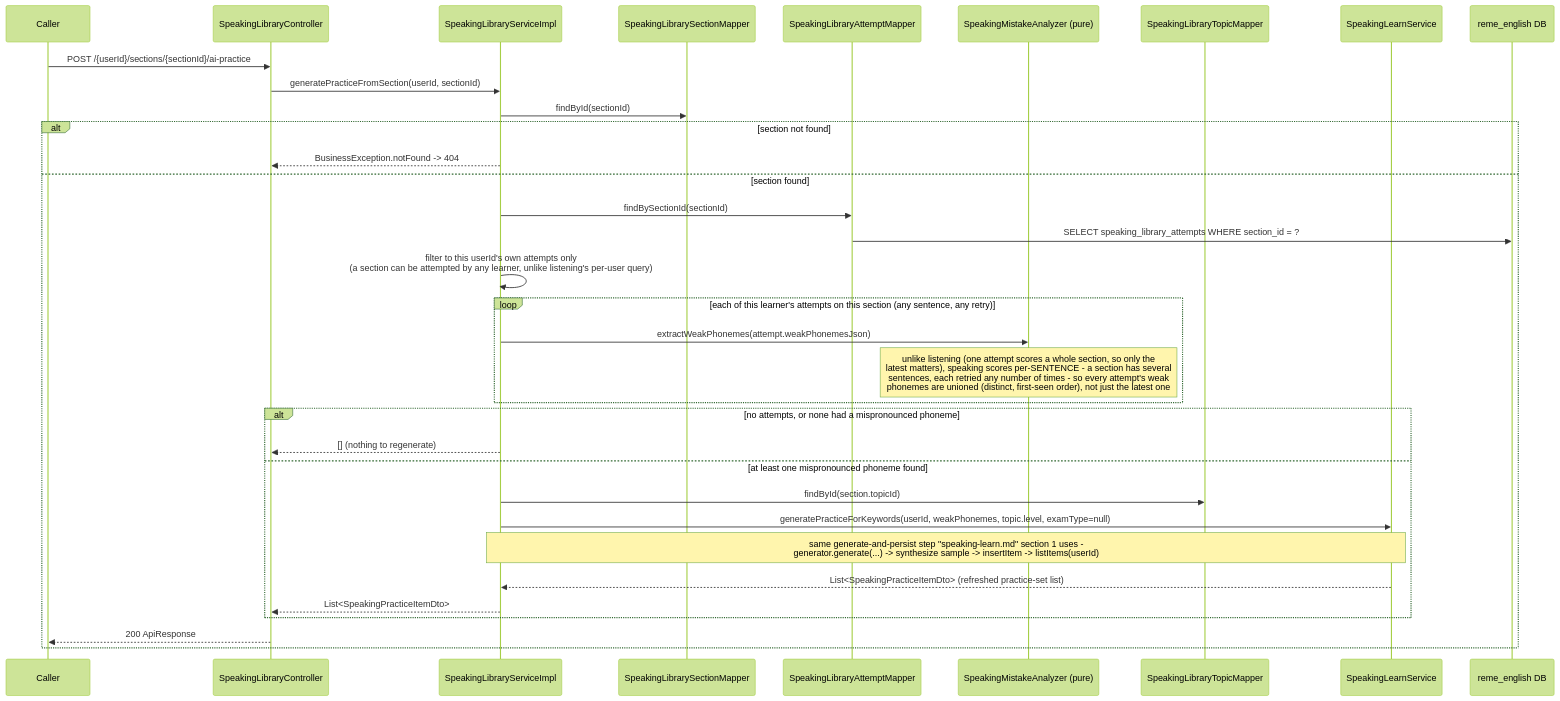
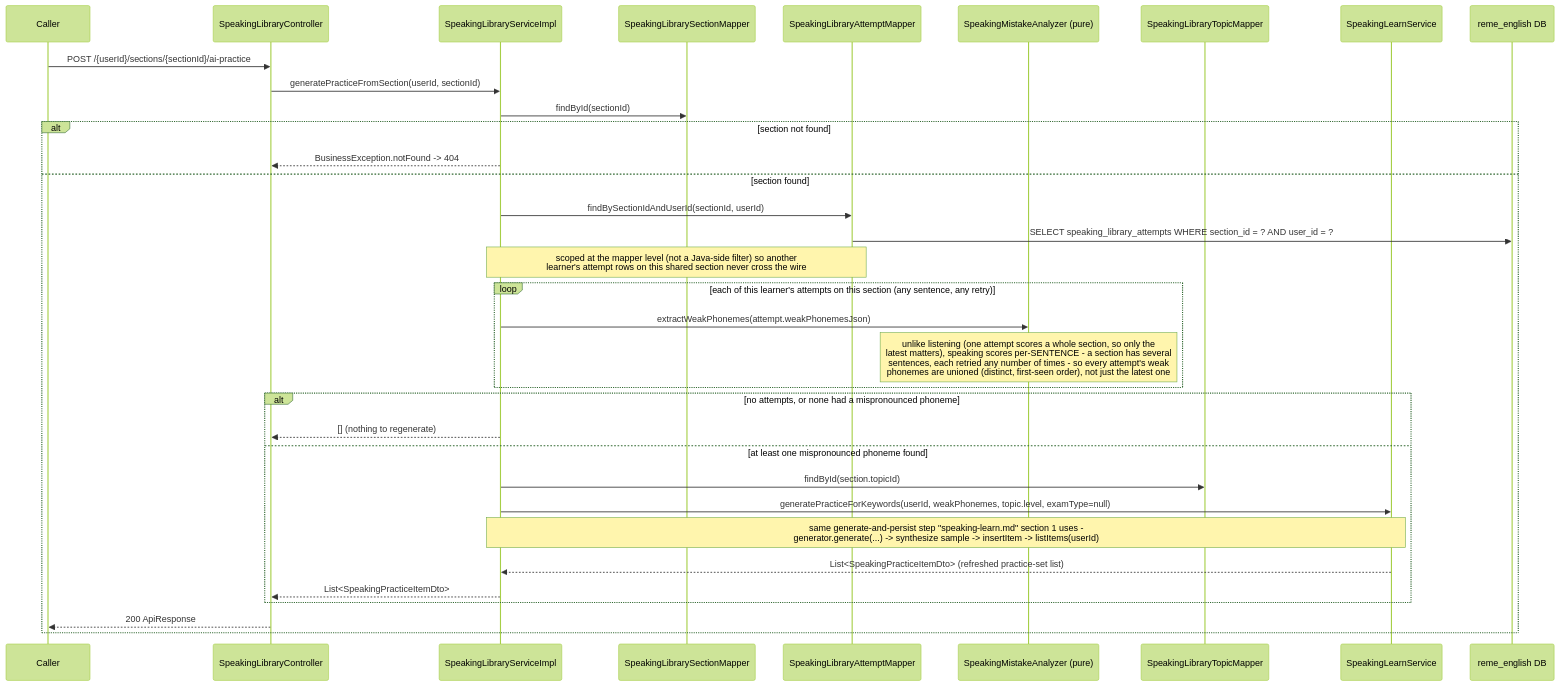
The sixth of 6 diagrams in docs/sequence/English_service/speaking-library.md (CuongNguyen13/RemeLearning), drawn with Mermaid (forest theme) before and after one commit. The commit also changed other lines of this file and 5 other files, not shown here.

First line of the commit message:
fix(english-service): scope speaking library finishSection pass/fail check to the calling user

````diff
--- a/docs/sequence/English_service/speaking-library.md
+++ b/docs/sequence/English_service/speaking-library.md
@@ -213,37 +213,37 @@
 ```mermaid
 sequenceDiagram
     participant Caller
     participant Ctrl as SpeakingLibraryController
     participant Svc as SpeakingLibraryServiceImpl
     participant SMapper as SpeakingLibrarySectionMapper
     participant AMapper as SpeakingLibraryAttemptMapper
     participant Analyzer as SpeakingMistakeAnalyzer (pure)
     participant TMapper as SpeakingLibraryTopicMapper
     participant LearnSvc as SpeakingLearnService
     participant DB as reme_english DB
 
     Caller->>Ctrl: POST /{userId}/sections/{sectionId}/ai-practice
     Ctrl->>Svc: generatePracticeFromSection(userId, sectionId)
     Svc->>SMapper: findById(sectionId)
     alt section not found
         Svc-->>Ctrl: BusinessException.notFound -> 404
     else section found
-        Svc->>AMapper: findBySectionId(sectionId)
-        AMapper->>DB: SELECT speaking_library_attempts WHERE section_id = ?
-        Svc->>Svc: filter to this userId's own attempts only<br/>(a section can be attempted by any learner, unlike listening's per-user query)
+        Svc->>AMapper: findBySectionIdAndUserId(sectionId, userId)
+        AMapper->>DB: SELECT speaking_library_attempts WHERE section_id = ? AND user_id = ?
+        Note over Svc,AMapper: scoped at the mapper level (not a Java-side filter) so another<br/>learner's attempt rows on this shared section never cross the wire
         loop each of this learner's attempts on this section (any sentence, any retry)
             Svc->>Analyzer: extractWeakPhonemes(attempt.weakPhonemesJson)
             Note over Analyzer: unlike listening (one attempt scores a whole section, so only the<br/>latest matters), speaking scores per-SENTENCE - a section has several<br/>sentences, each retried any number of times - so every attempt's weak<br/>phonemes are unioned (distinct, first-seen order), not just the latest one
         end
         alt no attempts, or none had a mispronounced phoneme
             Svc-->>Ctrl: [] (nothing to regenerate)
         else at least one mispronounced phoneme found
             Svc->>TMapper: findById(section.topicId)
             Svc->>LearnSvc: generatePracticeForKeywords(userId, weakPhonemes, topic.level, examType=null)
             Note over Svc,LearnSvc: same generate-and-persist step "speaking-learn.md" section 1 uses -<br/>generator.generate(...) -> synthesize sample -> insertItem -> listItems(userId)
             LearnSvc-->>Svc: List<SpeakingPracticeItemDto> (refreshed practice-set list)
             Svc-->>Ctrl: List<SpeakingPracticeItemDto>
         end
         Ctrl-->>Caller: 200 ApiResponse
     end
 ```
````
